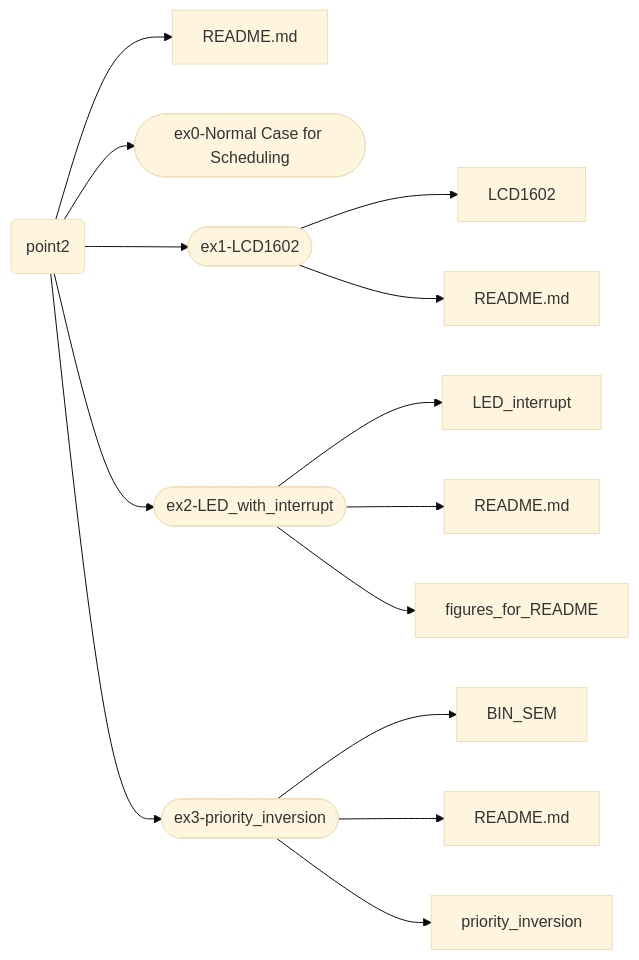
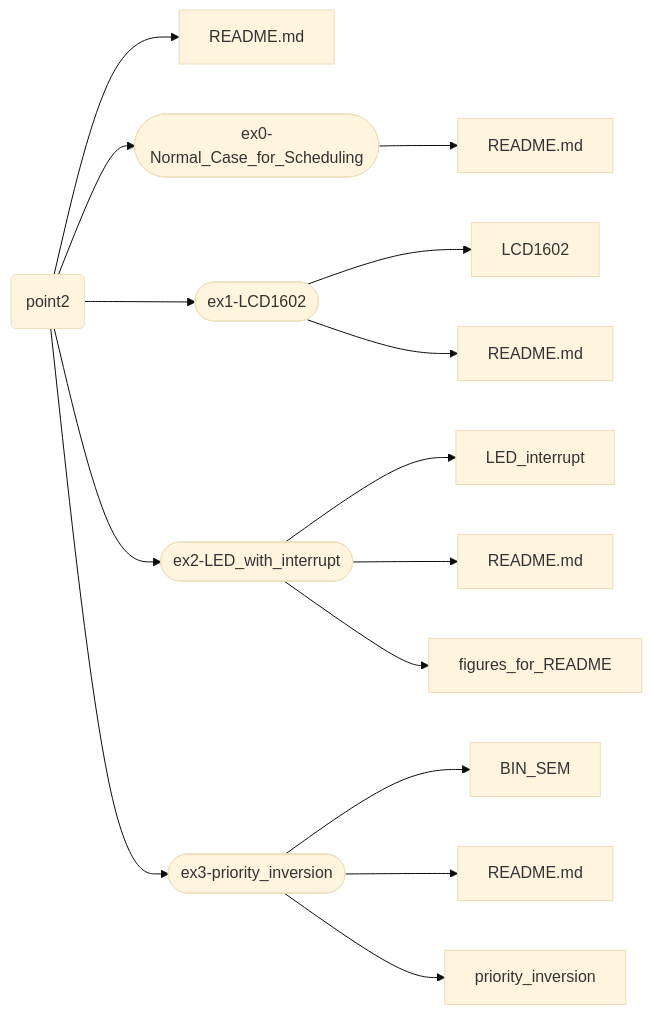
One commit to smokyisthatyou/STM32Nucleo64 changed the third of 4 diagrams in README.md. Above: the diagram before and after it, drawn with Mermaid. The commit also changed other lines of this file, not shown here.

Commit message:
Update graph for point3_and_4

````diff
--- a/README.md
+++ b/README.md
@@ -67,37 +67,41 @@
 ```mermaid
 %%{init: {'theme':'base'}}%%
 graph LR;
 A[README.md];
 B[README.md];
 C[README.md];
 D[README.md];
+E[README.md];
 p2(point2)
-p2-->dir4([ex0-Normal Case for Scheduling]);
+p2-->dir4([ex0-Normal_Case_for_Scheduling]);
 p2-->A;
 p2-->dir1([ex1-LCD1602]);
 p2-->dir2([ex2-LED_with_interrupt]);
 p2-->dir3([ex3-priority_inversion]);
 dir1-->LCD1602;
 dir1-->D;
 dir2-->LED_interrupt;
 dir2-->B;
 dir2-->figures_for_README;
 dir3-->BIN_SEM;
 dir3-->C;
 dir3-->priority_inversion;
+dir4-->E
 
 click A href "https://baltig.polito.it/caos2023/group2/-/tree/point2/README.md" "Link to README.md";
 click p2 href "https://baltig.polito.it/caos2023/group2/-/tree/point2" "Link to point2";
 click README.md href "https://baltig.polito.it/caos2023/group2/-/blob/point2/README.md" "Link to README.md";
 click dir2 href "https://baltig.polito.it/caos2023/group2/-/tree/point2/ex2-LED_with_interrupt" "Link to ex2-LED_with_interrupt";
 click LED_interrupt href "https://baltig.polito.it/caos2023/group2/-/tree/point2/ex2-LED_with_interrupt/LED_interrupt" "Link to LED_interrupt";
-click B href "https://baltig.polito.it/caos2023/group2/-/tree/point2/ex2-LED_with_Interrupt/README.md" "Link to README.md";
+click B href "https://baltig.polito.it/caos2023/group2/-/tree/point2/ex2-LED_with_interrupt/README.md" "Link to README.md";
 click figures_for_README href "https://baltig.polito.it/caos2023/group2/-/tree/point2/ex2-LED_with_interrupt/figures_for_README" "Link to figures_for_README";
 click dir3 href "https://baltig.polito.it/caos2023/group2/-/tree/point2/ex3-priority_inversion";
 click BIN_SEM href "https://baltig.polito.it/caos2023/group2/-/tree/point2/ex3-priority_inversion/BIN_SEM";
 click priority_inversion href "https://baltig.polito.it/caos2023/group2/-/tree/point2/ex3-priority_inversion/priority_inversion";
 click C href "https://baltig.polito.it/caos2023/group2/-/tree/point2/ex3-priority_inversion/README.md" "Link to README.md";
 click dir1 href "https://baltig.polito.it/caos2023/group2/-/tree/point2/ex1-LCD1602" "Link to ex1-LCD1602";
 click D href "https://baltig.polito.it/caos2023/group2/-/tree/point2/ex1-LCD1602/README.md" "Link to README.md";
 click LCD1602 href "https://baltig.polito.it/caos2023/group2/-/tree/point2/ex1-LCD1602/LCD1602" "Link to LCD1602";
+click dir4 href "https://baltig.polito.it/caos2023/group2/-/tree/point2/ex0-Normal_Case_for_Scheduling" "Link to ex0-Normal_Case_for_Scheduling";
+click E href "https://baltig.polito.it/caos2023/group2/-/tree/point2/ex0-Normal_Case_for_Scheduling/README.md" "Link to README.md";
 ```
````
